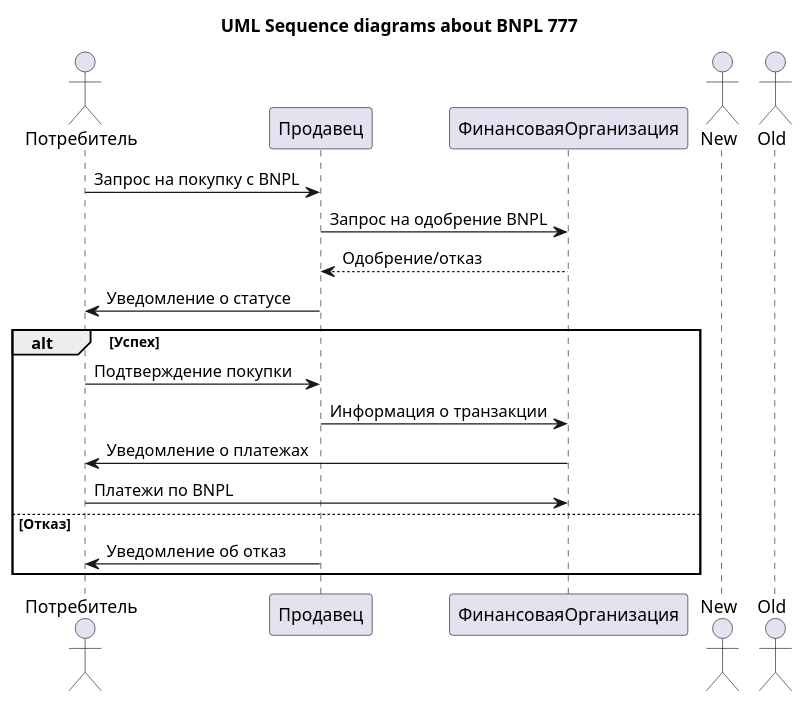
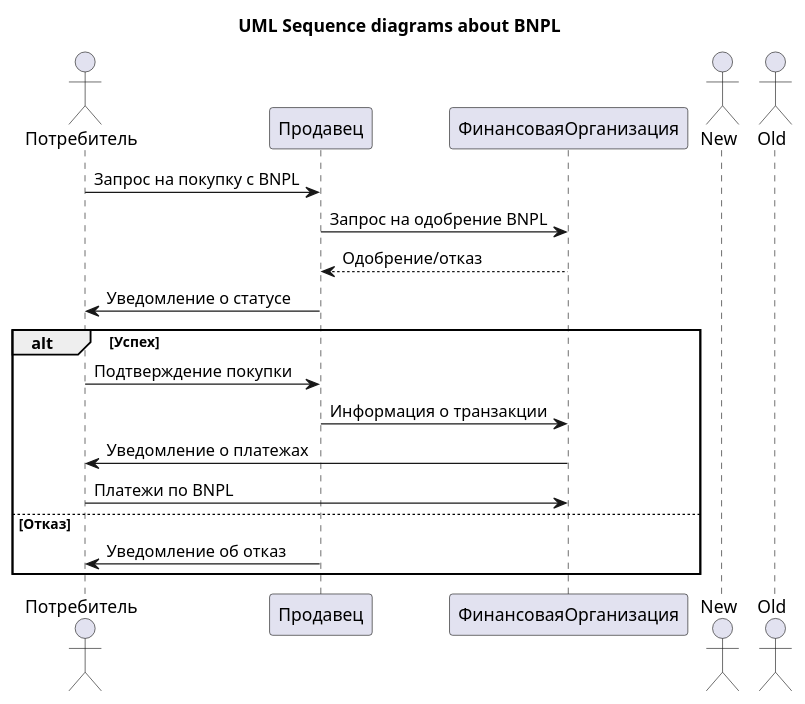
Before and after one commit to MinElmir/MVP: the diagram in test_delet.puml, drawn with PlantUML.

```diff
--- a/test_delet.puml
+++ b/test_delet.puml
@@ -1,22 +1,22 @@
 @startuml название диаграммы
-title "UML Sequence diagrams about BNPL 777"
+title "UML Sequence diagrams about BNPL"
     actor Потребитель
     participant Продавец
     participant ФинансоваяОрганизация
 
     Потребитель->Продавец: Запрос на покупку с BNPL
     Продавец->ФинансоваяОрганизация: Запрос на одобрение BNPL
     ФинансоваяОрганизация-->Продавец: Одобрение/отказ
     Продавец->Потребитель: Уведомление о статусе
 
     alt Успех
         Потребитель->Продавец: Подтверждение покупки
         Продавец->ФинансоваяОрганизация: Информация о транзакции
         ФинансоваяОрганизация->Потребитель: Уведомление о платежах
         Потребитель->ФинансоваяОрганизация: Платежи по BNPL
     else Отказ
         Продавец->Потребитель: Уведомление об отказ
     end
     actor New
     actor Old
 @enduml
```
